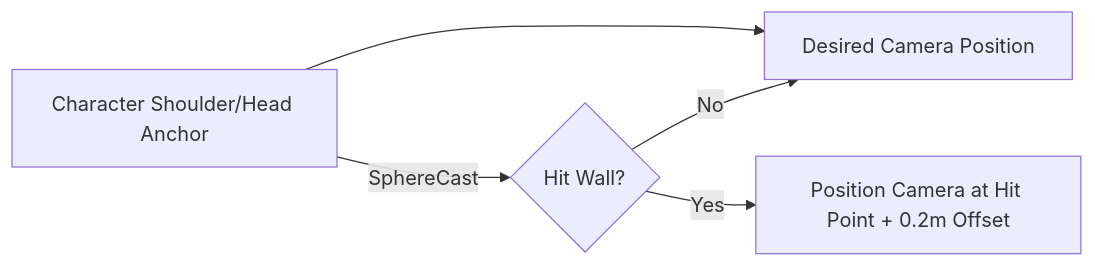
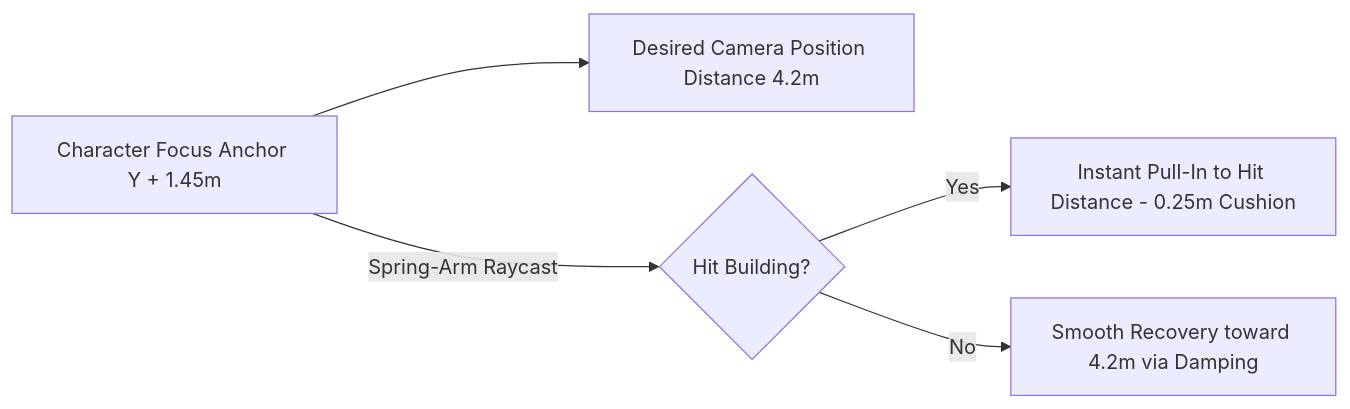
The second of 5 diagrams in docs/SYSTEM_DESIGN.md (chandanbag1999/vice-city), drawn with Mermaid before and after one commit. The commit also changed other lines of this file and 28 other files, not shown here.

````diff
--- a/docs/SYSTEM_DESIGN.md
+++ b/docs/SYSTEM_DESIGN.md
@@ -73,7 +75,7 @@
 ```mermaid
 flowchart LR
-    Anchor[Character Shoulder/Head Anchor] --> TargetCam[Desired Camera Position]
-    Anchor -- SphereCast --> Obstacle{Hit Wall?}
-    Obstacle -- Yes --> ClampedCam[Position Camera at Hit Point + 0.2m Offset]
-    Obstacle -- No --> TargetCam
+    Anchor[Character Focus Anchor Y + 1.45m] --> TargetCam[Desired Camera Position Distance 4.2m]
+    Anchor -- Spring-Arm Raycast --> Obstacle{Hit Building?}
+    Obstacle -- Yes --> ClampedCam[Instant Pull-In to Hit Distance - 0.25m Cushion]
+    Obstacle -- No --> SmoothRecover[Smooth Recovery toward 4.2m via Damping]
 ```
````
